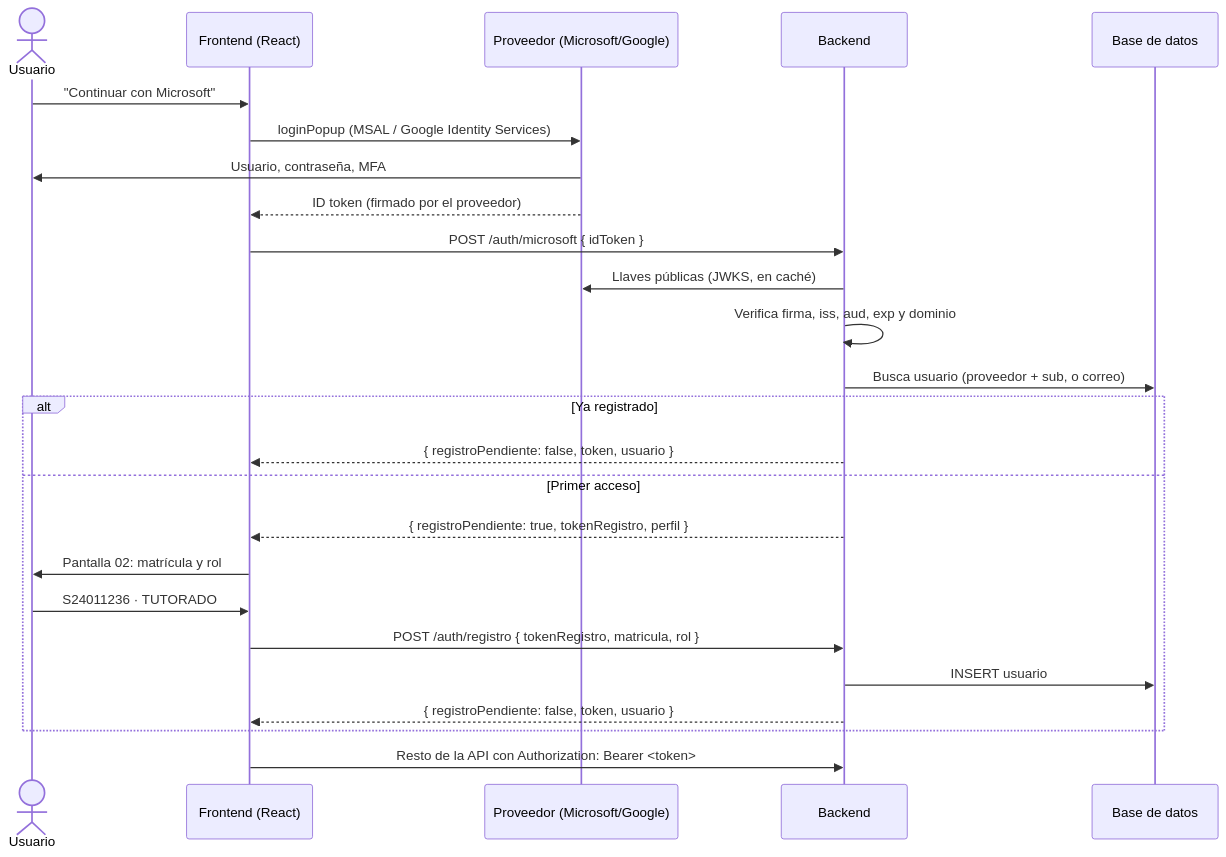
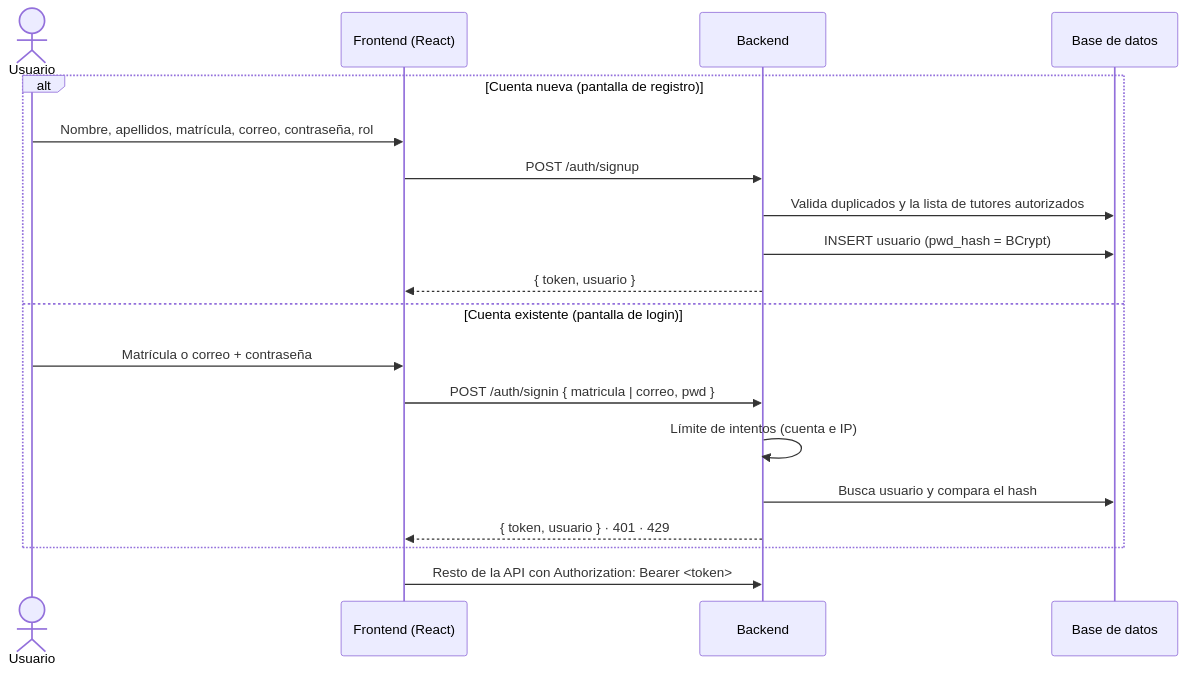
The diagram in docs/AUTENTICACION.md (Shtven/TutoriasBackend), drawn with Mermaid before and after one commit. The commit also changed other lines of this file and 39 other files, not shown here.

First line of the commit message:
feat(auth): login con matricula o correo y contrasena, y lista de tutores autorizados

````diff
--- a/docs/AUTENTICACION.md
+++ b/docs/AUTENTICACION.md
@@ -40,28 +9,22 @@
 ```mermaid
 sequenceDiagram
     actor U as Usuario
     participant F as Frontend (React)
-    participant P as Proveedor (Microsoft/Google)
     participant B as Backend
     participant DB as Base de datos
 
-    U->>F: "Continuar con Microsoft"
-    F->>P: loginPopup (MSAL / Google Identity Services)
-    P->>U: Usuario, contraseña, MFA
-    P-->>F: ID token (firmado por el proveedor)
-    F->>B: POST /auth/microsoft { idToken }
-    B->>P: Llaves públicas (JWKS, en caché)
-    B->>B: Verifica firma, iss, aud, exp y dominio
-    B->>DB: Busca usuario (proveedor + sub, o correo)
-    alt Ya registrado
-        B-->>F: { registroPendiente: false, token, usuario }
-    else Primer acceso
-        B-->>F: { registroPendiente: true, tokenRegistro, perfil }
-        F->>U: Pantalla 02: matrícula y rol
-        U->>F: S24011236 · TUTORADO
-        F->>B: POST /auth/registro { tokenRegistro, matricula, rol }
-        B->>DB: INSERT usuario
-        B-->>F: { registroPendiente: false, token, usuario }
+    alt Cuenta nueva (pantalla de registro)
+        U->>F: Nombre, apellidos, matrícula, correo, contraseña, rol
+        F->>B: POST /auth/signup
+        B->>DB: Valida duplicados y la lista de tutores autorizados
+        B->>DB: INSERT usuario (pwd_hash = BCrypt)
+        B-->>F: { token, usuario }
+    else Cuenta existente (pantalla de login)
+        U->>F: Matrícula o correo + contraseña
+        F->>B: POST /auth/signin { matricula | correo, pwd }
+        B->>B: Límite de intentos (cuenta e IP)
+        B->>DB: Busca usuario y compara el hash
+        B-->>F: { token, usuario } · 401 · 429
     end
     F->>B: Resto de la API con Authorization: Bearer <token>
 ```
````
